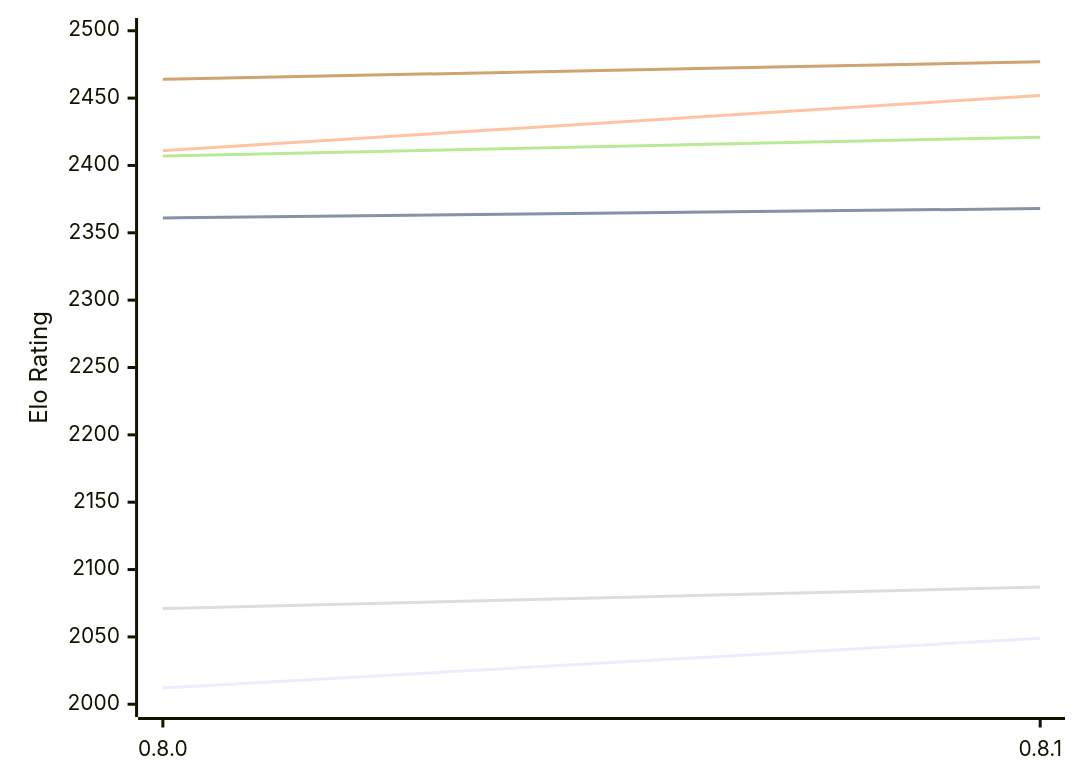
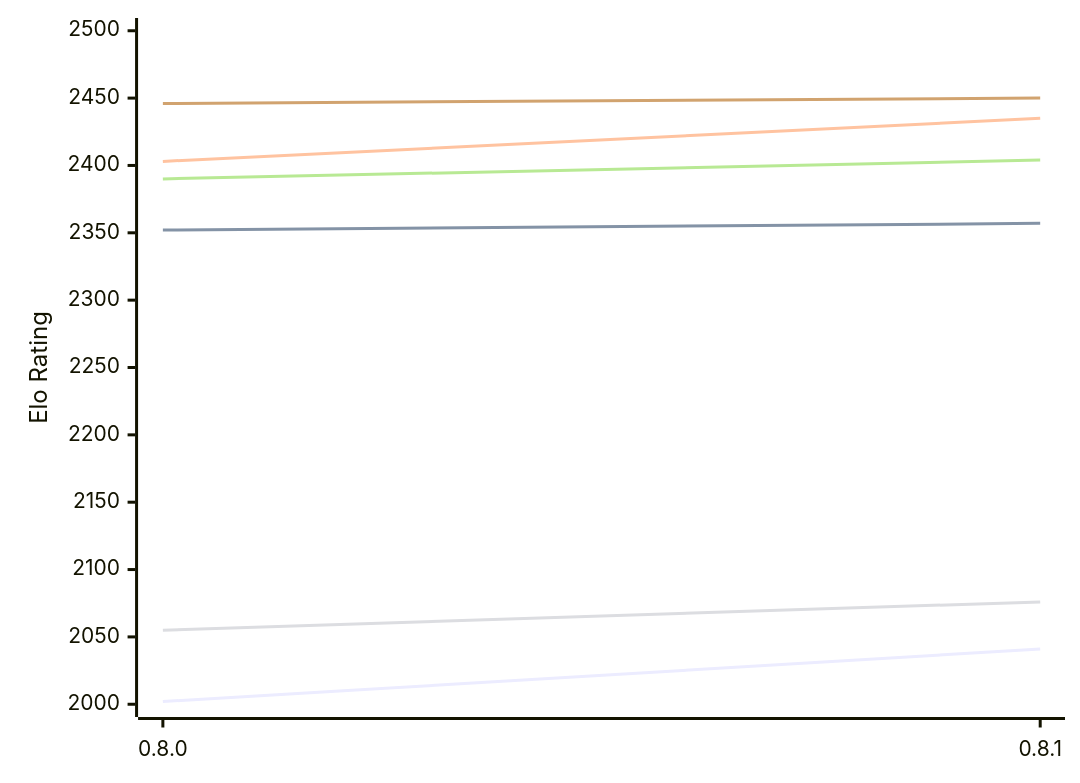
The diagram in engines/LittleWing.md (computer-chess-index/cci), drawn with Mermaid before and after one commit. The commit also changed other lines of this file, not shown here.

Commit message:
Update CCI Ratings (ELO VLTC) - 2026-11-02

````diff
--- a/engines/LittleWing.md
+++ b/engines/LittleWing.md
@@ -49,12 +49,12 @@
 ```mermaid
 %%{init: {"theme":"base","themeVariables":{"seriesColors:['#a3a3a3','#222221','#faa371']}}}%%
 xychart-beta
   x-axis ["0.8.0", "0.8.1"]
   y-axis "Elo Rating" 2000 --> 2500
-  line "E1: STC (8.0+0.08s)" [2012, 2049]
-  line "E1: LTC (60.0+0.60s)" [2361, 2368]
-  line "E1: VLTC (2m24s+1.12s)" [2411, 2452]
-  line "P1: STC (8.0+0.08s)" [2071, 2087]
-  line "P1: LTC (60.0+0.60s)" [2407, 2421]
-  line "P1: VLTC (2m24s+1.12s)" [2464, 2477]
+  line "E1: STC (8.0+0.08s)" [2002, 2041]
+  line "E1: LTC (60.0+0.60s)" [2352, 2357]
+  line "E1: VLTC (2m24s+1.12s)" [2403, 2435]
+  line "P1: STC (8.0+0.08s)" [2055, 2076]
+  line "P1: LTC (60.0+0.60s)" [2390, 2404]
+  line "P1: VLTC (2m24s+1.12s)" [2446, 2450]
 ```
````
